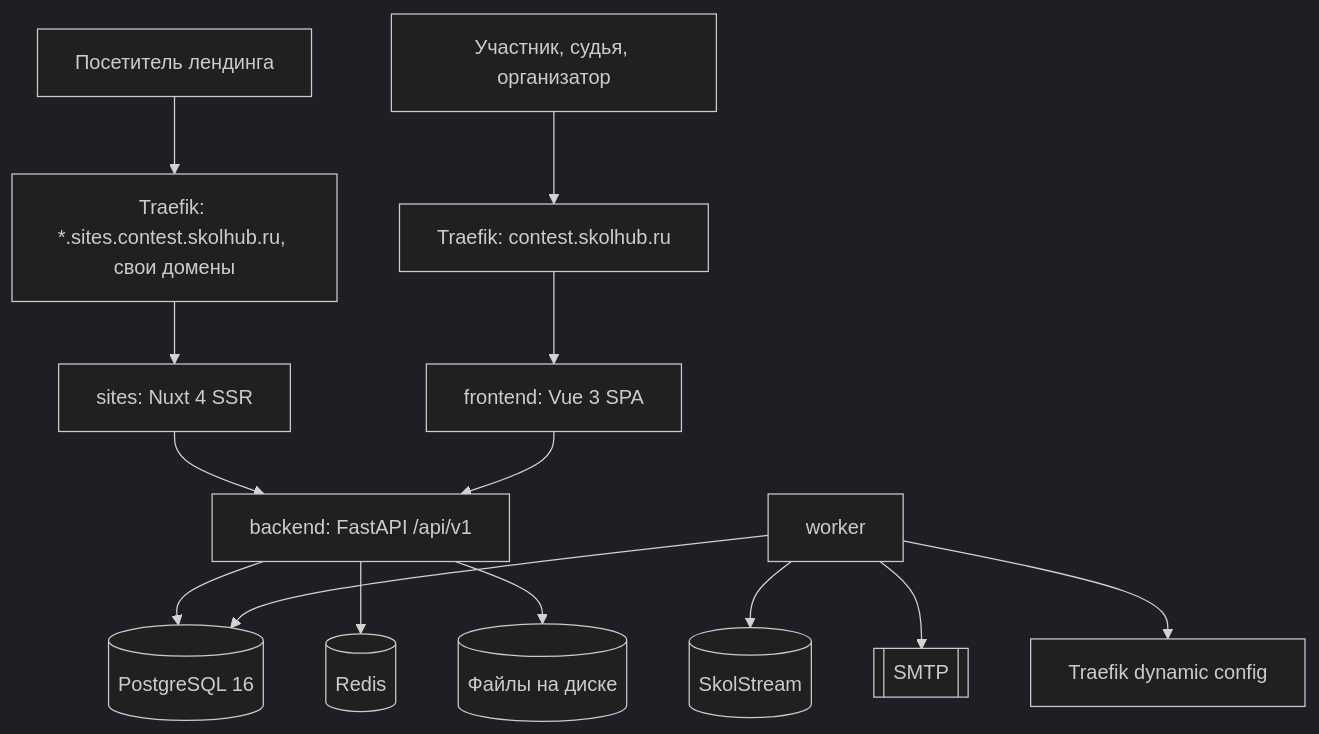
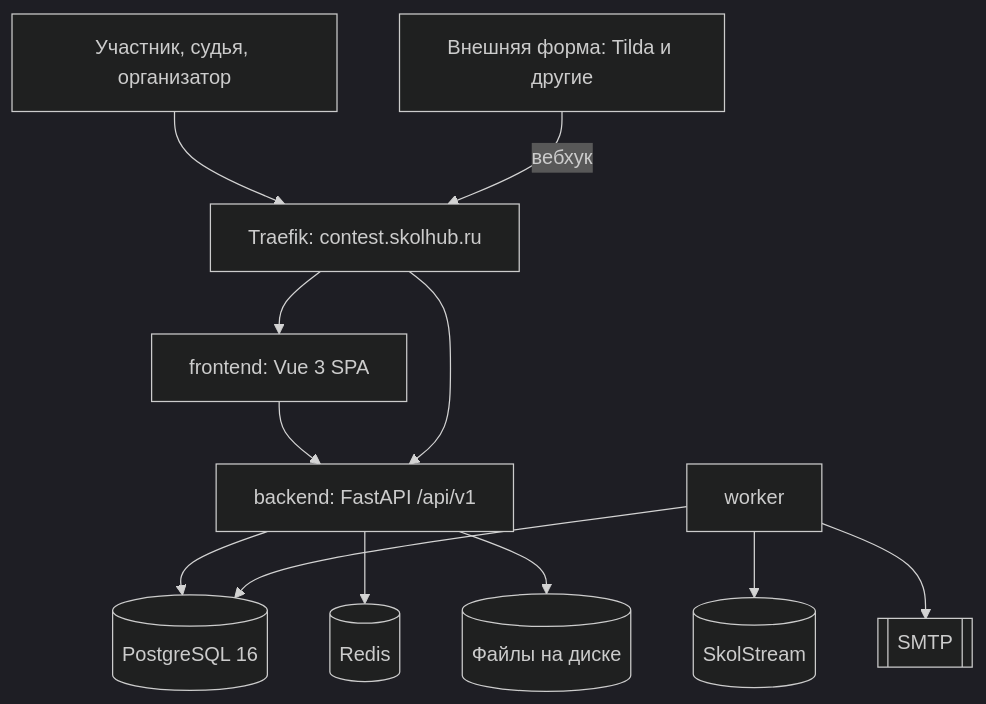
The diagram in docs/architecture.md (aleksioprime/sk-contest), drawn with Mermaid (dark theme) before and after one commit. The commit also changed other lines of this file and 200 other files, not shown here.

First line of the commit message:
Упрощённый приём заявок: открытая форма и вебхук вместо лендингов

````diff
--- a/docs/architecture.md
+++ b/docs/architecture.md
@@ -5,16 +5,14 @@
 ```mermaid
 flowchart TB
-  V[Посетитель лендинга] --> T1["Traefik: *.sites.contest.skolhub.ru, свои домены"]
-  U[Участник, судья, организатор] --> T2["Traefik: contest.skolhub.ru"]
-  T1 --> SITES["sites: Nuxt 4 SSR"]
-  T2 --> APP["frontend: Vue 3 SPA"]
-  SITES --> API["backend: FastAPI /api/v1"]
-  APP --> API
+  U[Участник, судья, организатор] --> T["Traefik: contest.skolhub.ru"]
+  X[Внешняя форма: Tilda и другие] -->|вебхук| T
+  T --> APP["frontend: Vue 3 SPA"]
+  APP --> API["backend: FastAPI /api/v1"]
+  T --> API
   API --> PG[(PostgreSQL 16)]
   API --> RD[(Redis)]
   API --> FS[(Файлы на диске)]
   WK[worker] --> PG
   WK --> SS[(SkolStream)]
   WK --> SMTP[[SMTP]]
-  WK --> TR[Traefik dynamic config]
 ```
````
